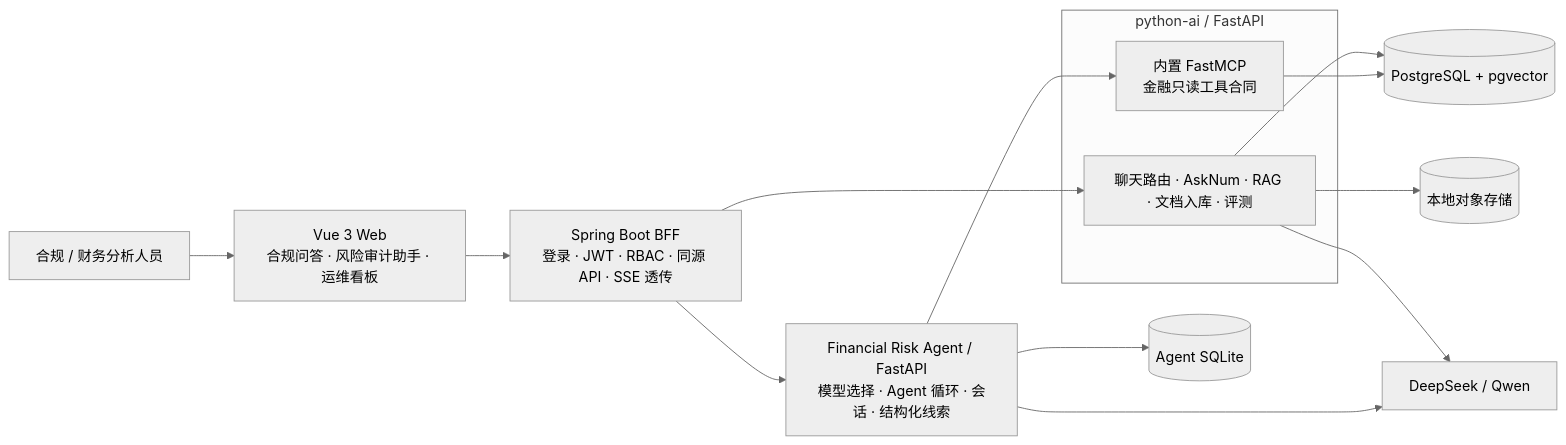
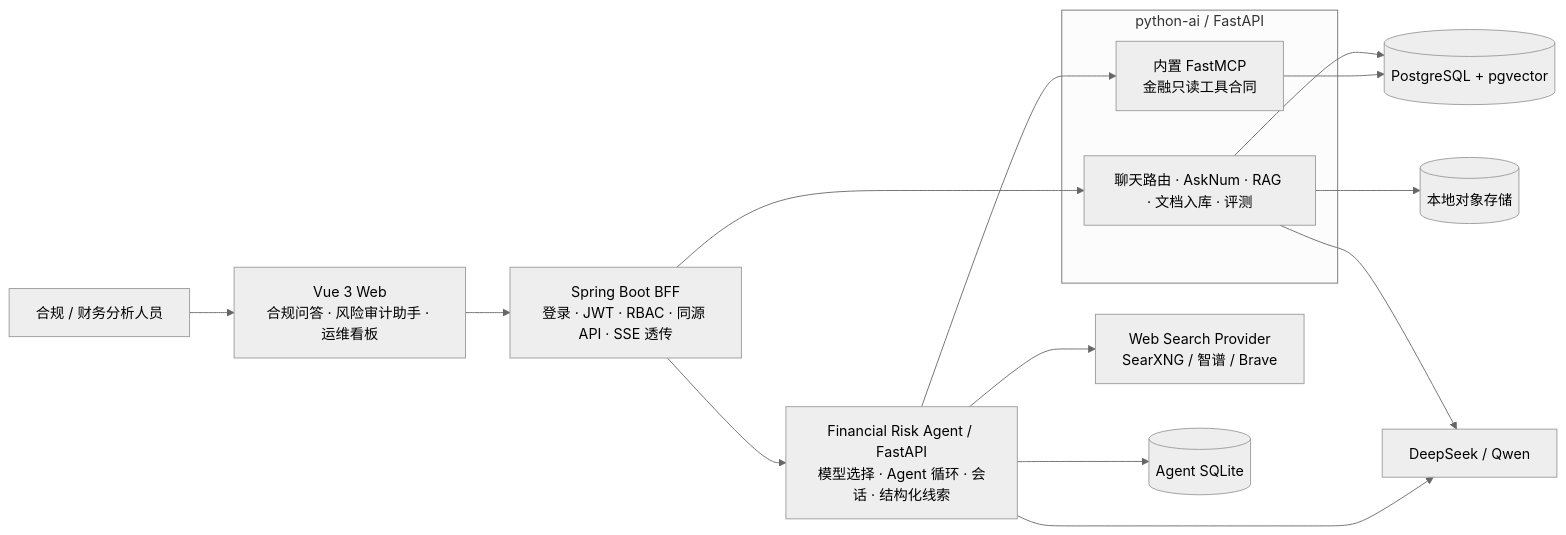
One commit to WWBQ/regops_copilot changed the first of 4 diagrams in docs/ARCHITECTURE.md. Above: the diagram before and after it, drawn with Mermaid (neutral theme). The commit also changed other lines of this file and 28 other files, not shown here.

First line of the commit message:
feat: add domain-limited external risk search for the financial agent

````diff
--- a/docs/ARCHITECTURE.md
+++ b/docs/ARCHITECTURE.md
@@ -7,27 +7,29 @@
 ```mermaid
 flowchart LR
     USER[合规 / 财务分析人员]
     WEB[Vue 3 Web<br/>合规问答 · 风险审计助手 · 运维看板]
     JAVA[Spring Boot BFF<br/>登录 · JWT · RBAC · 同源 API · SSE 透传]
     subgraph PYAI[python-ai / FastAPI]
         PY[聊天路由 · AskNum · RAG · 文档入库 · 评测]
         MCP[内置 FastMCP<br/>金融只读工具合同]
     end
     AGENT[Financial Risk Agent / FastAPI<br/>模型选择 · Agent 循环 · 会话 · 结构化线索]
+    SEARCH[Web Search Provider<br/>SearXNG / 智谱 / Brave]
     PG[(PostgreSQL + pgvector)]
     SQLITE[(Agent SQLite)]
     OBJ[(本地对象存储)]
     LLM[DeepSeek / Qwen]
 
     USER --> WEB
     WEB --> JAVA
     JAVA --> PY
     JAVA --> AGENT
     AGENT --> MCP
+    AGENT --> SEARCH
     PY --> PG
     MCP --> PG
     PY --> OBJ
     AGENT --> SQLITE
     PY --> LLM
     AGENT --> LLM
 ```
````
